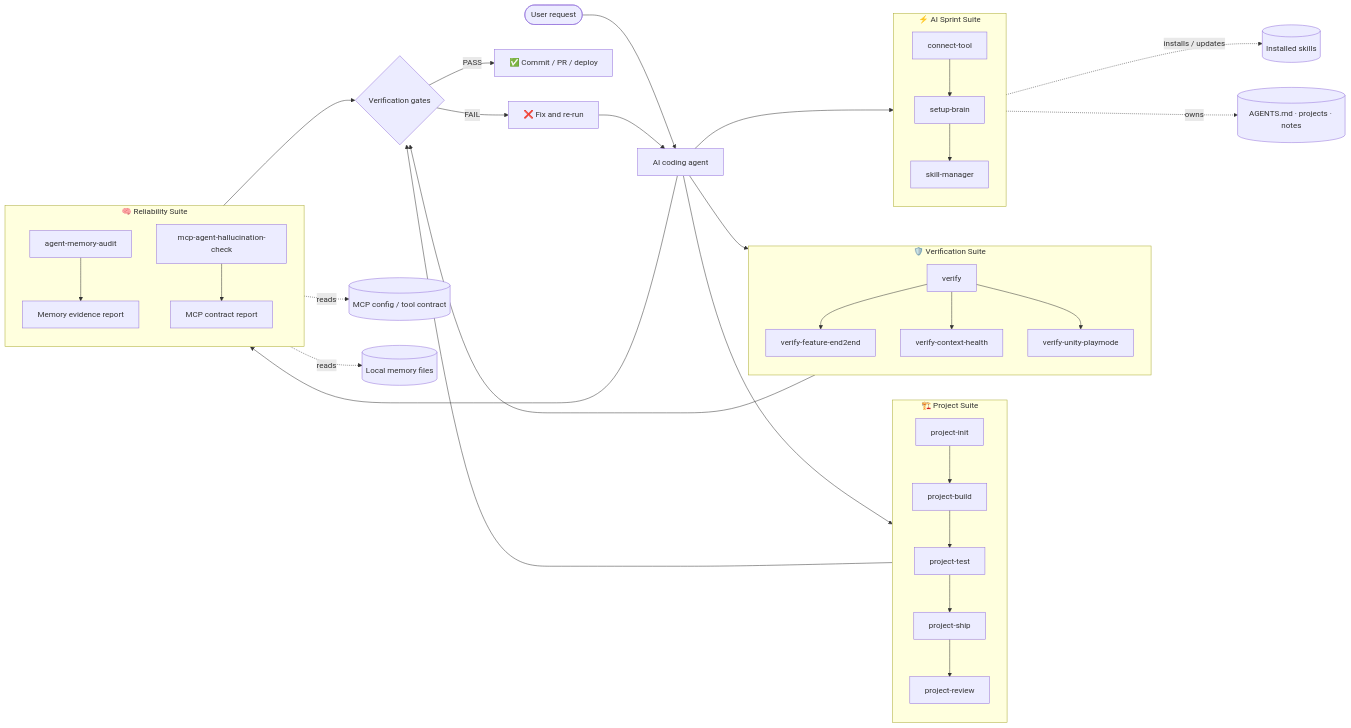
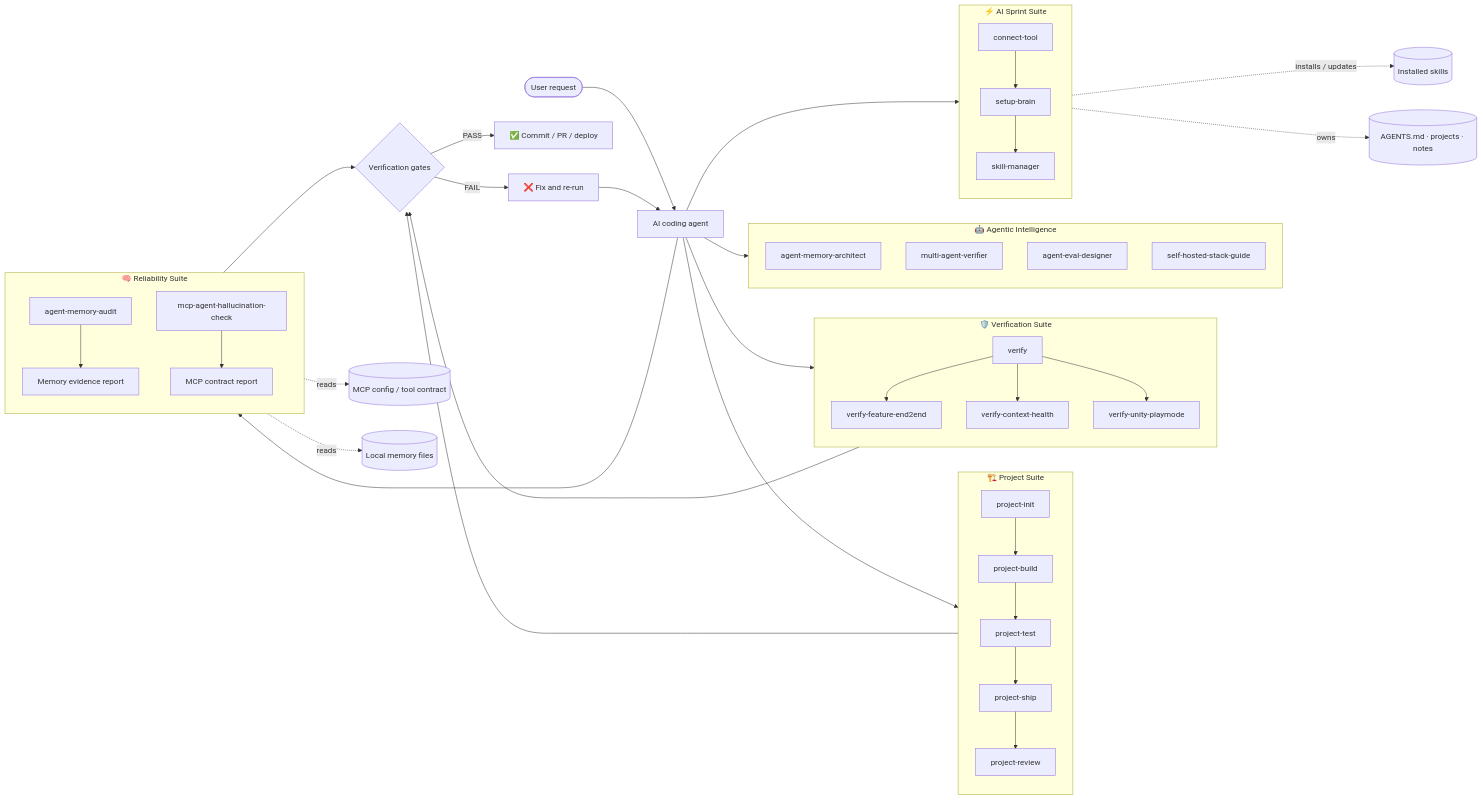
One commit to Vibarche/skill-verify changed the first of 4 diagrams in README.md. Above: the diagram before and after it, drawn with Mermaid. The commit also changed other lines of this file and 1 other file, not shown here.

Commit message:
fix: restore agentic intelligence skills and update documentation

````diff
--- a/README.md
+++ b/README.md
@@ -73,49 +75,58 @@
 ```mermaid
 flowchart LR
     User([User request]) --> Agent[AI coding agent]
 
     Agent --> Project[🏗️ Project Suite]
     Agent --> Verify[🛡️ Verification Suite]
     Agent --> Reliability[🧠 Reliability Suite]
+    Agent --> Intelligence[🤖 Agentic Intelligence]
     Agent --> Sprint[⚡ AI Sprint Suite]
 
     subgraph Project[🏗️ Project Suite]
         direction TB
         Init[project-init] --> Build[project-build]
         Build --> Test[project-test]
         Test --> Ship[project-ship]
         Ship --> Review[project-review]
     end
 
     subgraph Verify[🛡️ Verification Suite]
         direction TB
         Core[verify] --> E2E[verify-feature-end2end]
         Core --> Context[verify-context-health]
         Core --> Unity[verify-unity-playmode]
     end
 
     subgraph Reliability[🧠 Reliability Suite]
         direction TB
         Memory[agent-memory-audit] --> Report1[Memory evidence report]
         MCP[mcp-agent-hallucination-check] --> Report2[MCP contract report]
     end
 
+    subgraph Intelligence[🤖 Agentic Intelligence]
+        direction TB
+        MemoryArch[agent-memory-architect]
+        MultiAgent[multi-agent-verifier]
+        Evals[agent-eval-designer]
+        SelfHosted[self-hosted-stack-guide]
+    end
+
     subgraph Sprint[⚡ AI Sprint Suite]
         direction TB
         Connect[connect-tool] --> Brain[setup-brain]
         Brain --> Manager[skill-manager]
     end
 
     Project --> Gates{Verification gates}
     Verify --> Gates
     Reliability --> Gates
 
     Gates -->|PASS| Ship2[✅ Commit / PR / deploy]
     Gates -->|FAIL| Fix[❌ Fix and re-run]
     Fix --> Agent
 
     MCP -.reads.-> MCPConfig[(MCP config / tool contract)]
     Memory -.reads.-> MemoryFiles[(Local memory files)]
     Manager -.installs / updates.-> Skills[(Installed skills)]
     Brain -.owns.-> Workspace[(AGENTS.md · projects · notes)]
 ```
````
